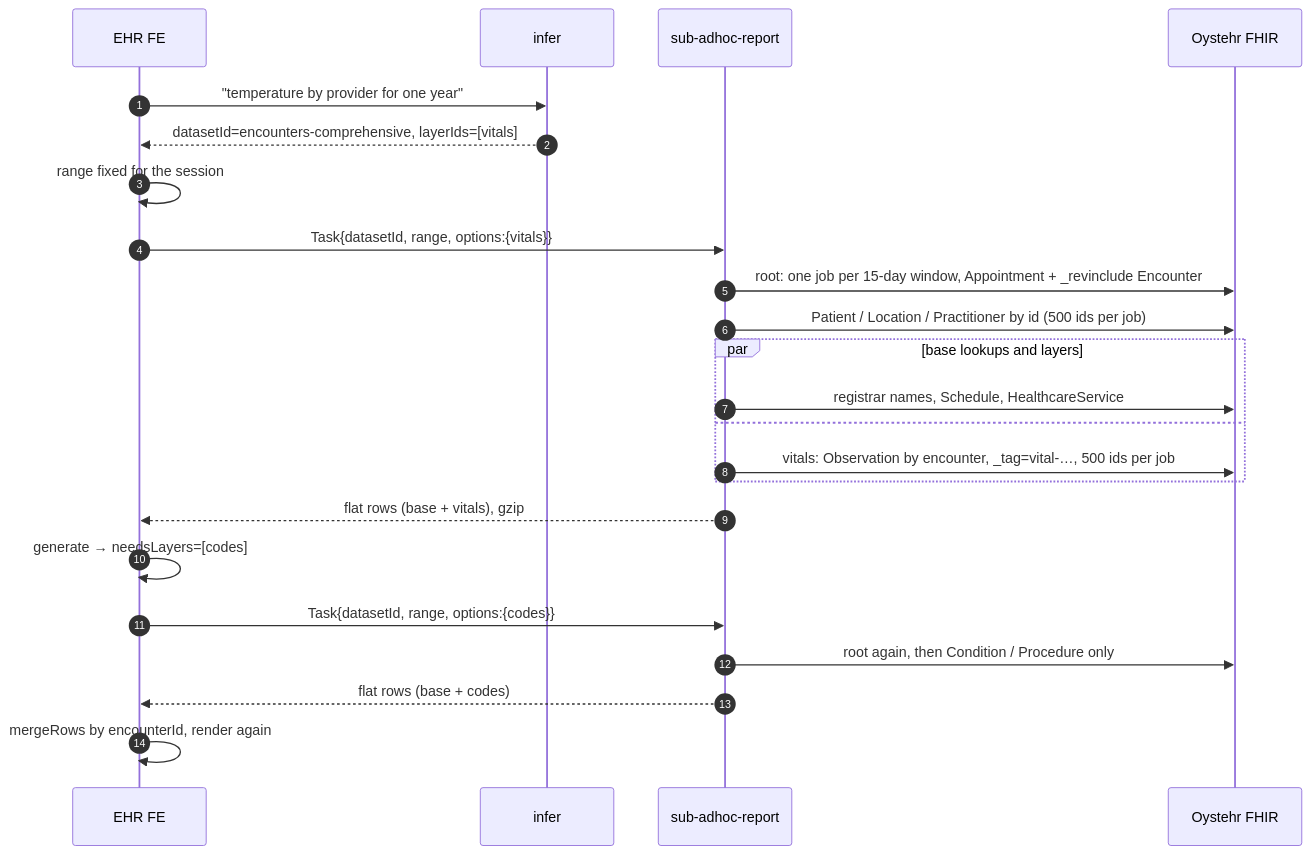
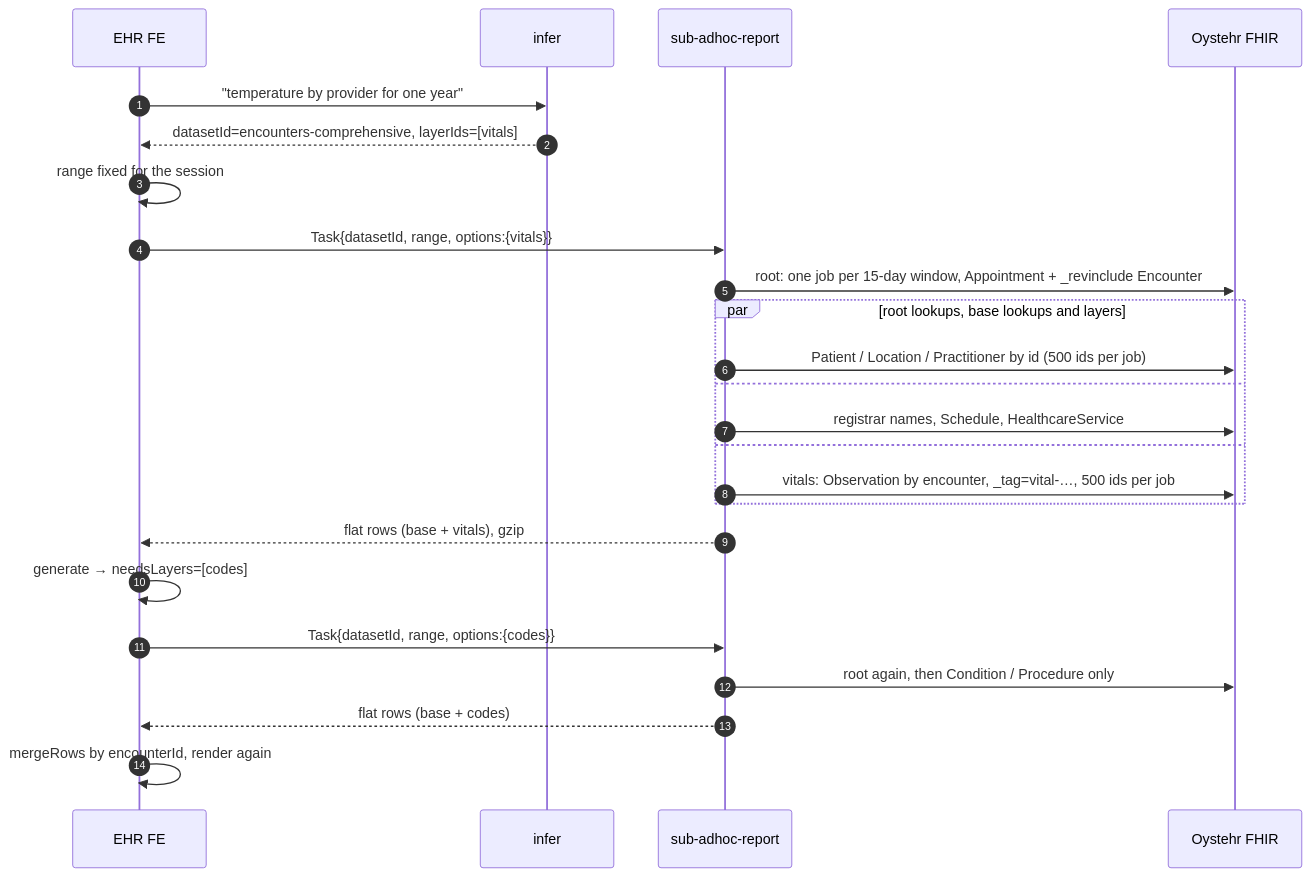
One commit to masslight/ottehr changed the fourth of 7 diagrams in docs/adhoc-layer-graph.md. Above: the diagram before and after it, drawn with Mermaid. The commit also changed other lines of this file, not shown here.

Commit message:
docs(ad-hoc): root lookups run next to the layers

````diff
--- a/docs/adhoc-layer-graph.md
+++ b/docs/adhoc-layer-graph.md
@@ -114,25 +114,26 @@
 ```mermaid
 sequenceDiagram
   autonumber
   participant FE as EHR FE
   participant I as infer
   participant W as sub-adhoc-report
   participant F as Oystehr FHIR
   FE->>I: "temperature by provider for one year"
   I-->>FE: datasetId=encounters-comprehensive, layerIds=[vitals]
   FE->>FE: range fixed for the session
   FE->>W: Task{datasetId, range, options:{vitals}}
   W->>F: root: one job per 15-day window, Appointment + _revinclude Encounter
-  W->>F: Patient / Location / Practitioner by id (500 ids per job)
-  par base lookups and layers
+  par root lookups, base lookups and layers
+    W->>F: Patient / Location / Practitioner by id (500 ids per job)
+  and
     W->>F: registrar names, Schedule, HealthcareService
   and
     W->>F: vitals: Observation by encounter, _tag=vital-…, 500 ids per job
   end
   W-->>FE: flat rows (base + vitals), gzip
   FE->>FE: generate → needsLayers=[codes]
   FE->>W: Task{datasetId, range, options:{codes}}
   W->>F: root again, then Condition / Procedure only
   W-->>FE: flat rows (base + codes)
   FE->>FE: mergeRows by encounterId, render again
 ```
````
